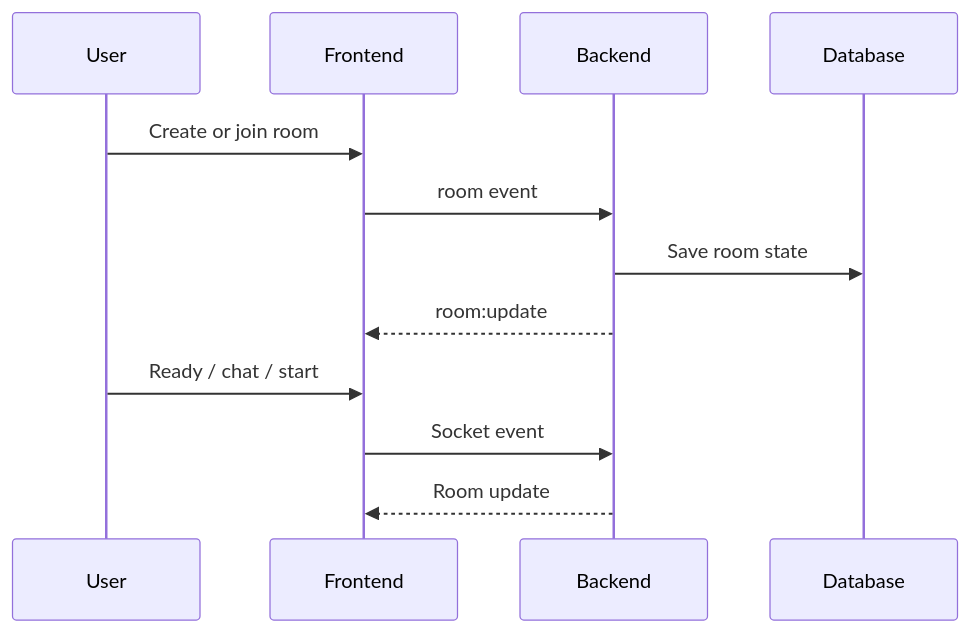
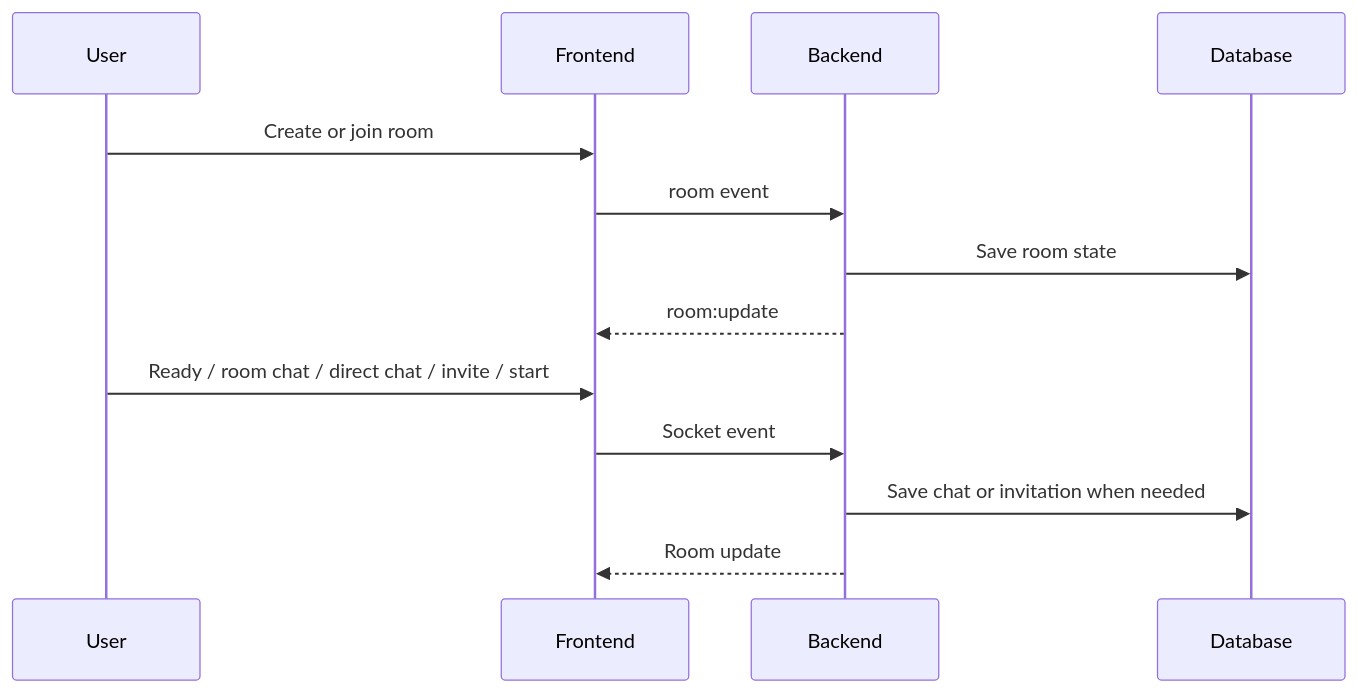
One commit to Nanborg/ft_transcendence changed the diagram in docs/modules/lobby-rooms-chat.md. Above: the diagram before and after it, drawn with Mermaid. The commit also changed other lines of this file and 8 other files, not shown here.

````diff
--- a/docs/modules/lobby-rooms-chat.md
+++ b/docs/modules/lobby-rooms-chat.md
@@ -46,14 +50,15 @@
 ```mermaid
 sequenceDiagram
   participant User
   participant Frontend
   participant Backend
   participant Database
   User->>Frontend: Create or join room
   Frontend->>Backend: room event
   Backend->>Database: Save room state
   Backend-->>Frontend: room:update
-  User->>Frontend: Ready / chat / start
+  User->>Frontend: Ready / room chat / direct chat / invite / start
   Frontend->>Backend: Socket event
+  Backend->>Database: Save chat or invitation when needed
   Backend-->>Frontend: Room update
 ```
````
